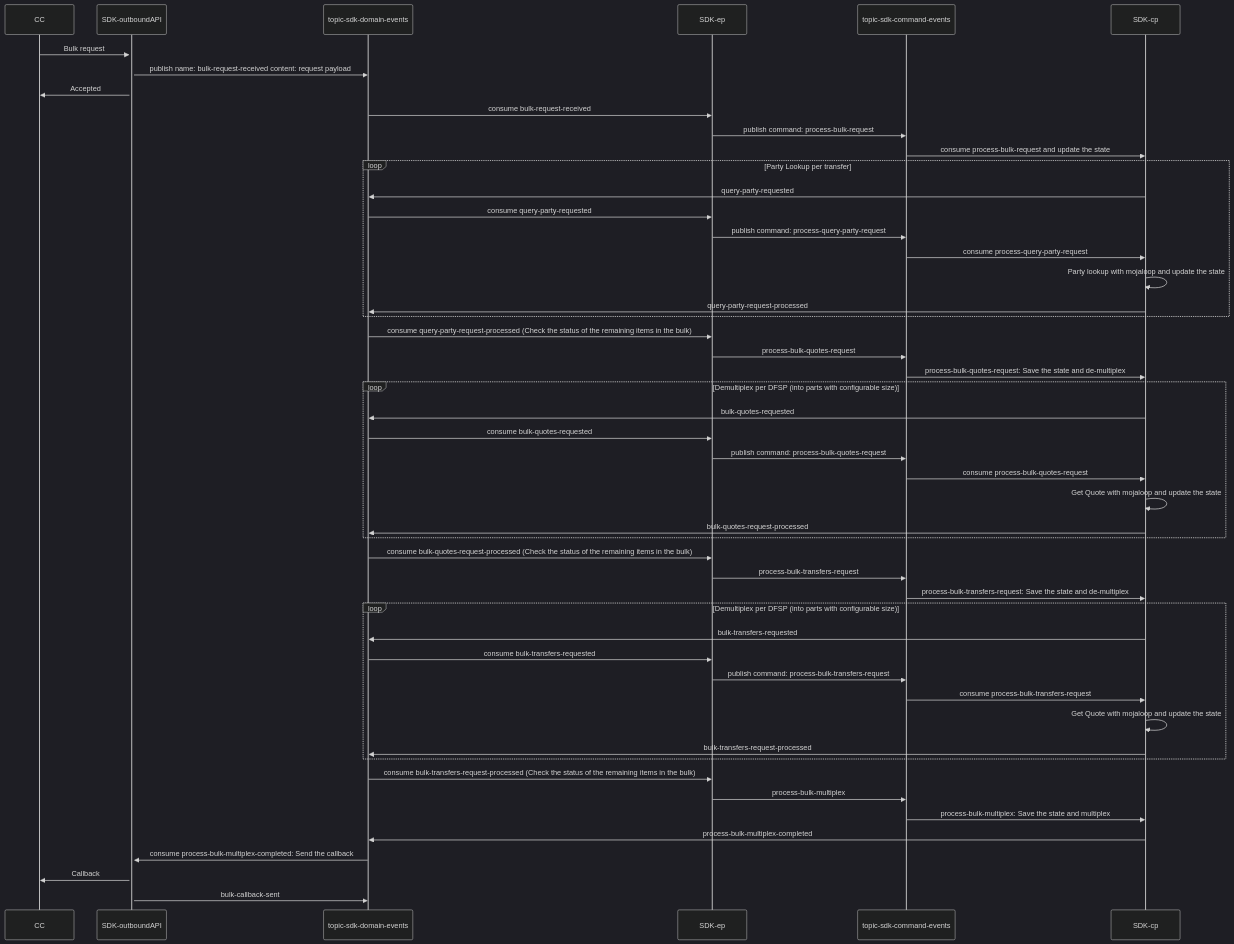
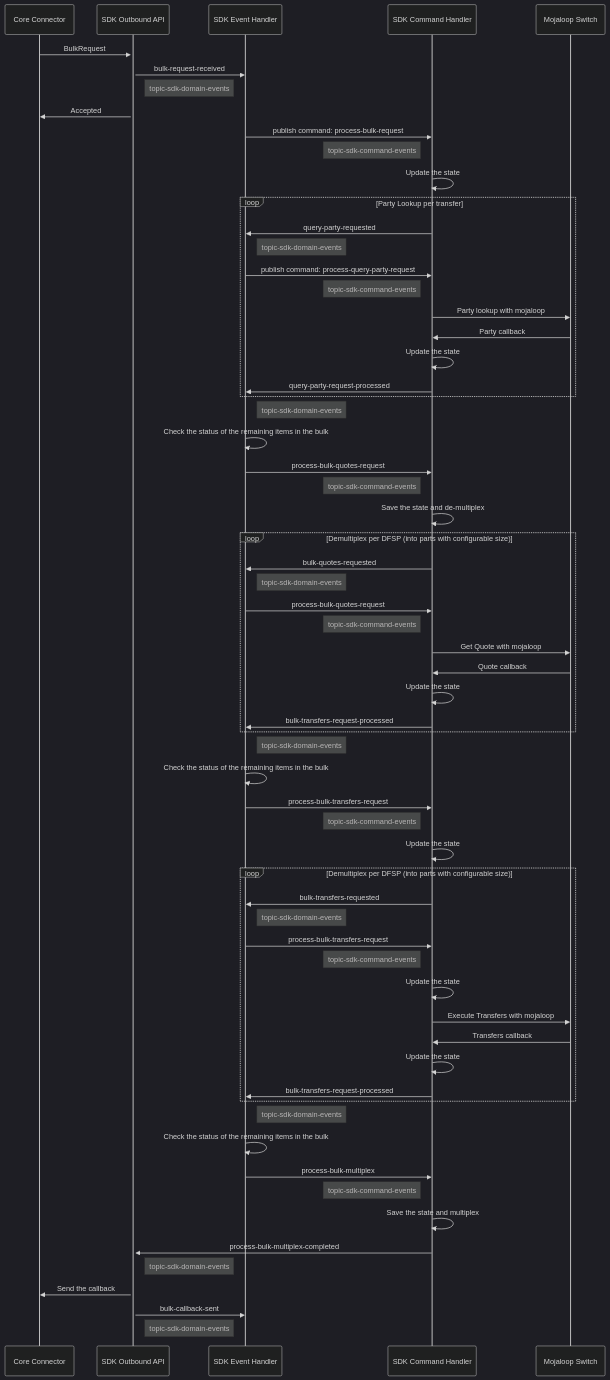
Before and after one commit to mojaloop/sdk-scheme-adapter: the diagram in docs/design-bulk-transfers.md, drawn with Mermaid (dark theme). The commit also changed other lines of this file, not shown here.

Commit message:
Formatted the sequence diagram and added notes

````diff
--- a/docs/design-bulk-transfers.md
+++ b/docs/design-bulk-transfers.md
@@ -3,49 +3,69 @@
 ```mermaid
 sequenceDiagram
-    CC->>+SDK-outboundAPI: Bulk request
-    SDK-outboundAPI->>topic-sdk-domain-events: publish name: bulk-request-received content: request payload
-    SDK-outboundAPI->>CC: Accepted
-    topic-sdk-domain-events->>SDK-ep: consume bulk-request-received
-    SDK-ep->>topic-sdk-command-events: publish command: process-bulk-request
-    topic-sdk-command-events->>SDK-cp: consume process-bulk-request and update the state
+    participant CoreConnector as Core Connector
+    participant SDKOutboundAPI as SDK Outbound API
+    participant SDKEventHandler as SDK Event Handler
+    participant SDKCommandHandler as SDK Command Handler
+    participant MojaloopSwitch as Mojaloop Switch
+    CoreConnector->>+SDKOutboundAPI: BulkRequest
+    SDKOutboundAPI->>SDKEventHandler: bulk-request-received
+    Note left of SDKEventHandler: topic-sdk-domain-events
+    SDKOutboundAPI->>CoreConnector: Accepted
+    SDKEventHandler->>SDKCommandHandler: publish command: process-bulk-request
+    Note left of SDKCommandHandler: topic-sdk-command-events
+    SDKCommandHandler->>SDKCommandHandler: Update the state
     loop Party Lookup per transfer
-        SDK-cp->>topic-sdk-domain-events: query-party-requested
-        topic-sdk-domain-events->>SDK-ep: consume query-party-requested
-        SDK-ep->>topic-sdk-command-events: publish command: process-query-party-request
-        topic-sdk-command-events->>SDK-cp: consume process-query-party-request
-        SDK-cp->>SDK-cp: Party lookup with mojaloop and update the state
-        SDK-cp->>topic-sdk-domain-events: query-party-request-processed
+        SDKCommandHandler->>SDKEventHandler: query-party-requested
+        Note right of SDKEventHandler: topic-sdk-domain-events
+        SDKEventHandler->>SDKCommandHandler: publish command: process-query-party-request
+        Note left of SDKCommandHandler: topic-sdk-command-events
+        SDKCommandHandler->>MojaloopSwitch: Party lookup with mojaloop
+        MojaloopSwitch->>SDKCommandHandler: Party callback
+        SDKCommandHandler->>SDKCommandHandler: Update the state
+        SDKCommandHandler->>SDKEventHandler: query-party-request-processed
     end
-    topic-sdk-domain-events->>SDK-ep: consume query-party-request-processed (Check the status of the remaining items in the bulk)
+    Note right of SDKEventHandler: topic-sdk-domain-events
+    SDKEventHandler->>SDKEventHandler: Check the status of the remaining items in the bulk
 
-    SDK-ep->>topic-sdk-command-events: process-bulk-quotes-request
-    topic-sdk-command-events->>SDK-cp: process-bulk-quotes-request: Save the state and de-multiplex
+    SDKEventHandler->>SDKCommandHandler: process-bulk-quotes-request
+    Note left of SDKCommandHandler: topic-sdk-command-events
+    SDKCommandHandler->>SDKCommandHandler: Save the state and de-multiplex
     loop Demultiplex per DFSP (into parts with configurable size)
-        SDK-cp->>topic-sdk-domain-events: bulk-quotes-requested
-        topic-sdk-domain-events->>SDK-ep: consume bulk-quotes-requested
-        SDK-ep->>topic-sdk-command-events: publish command: process-bulk-quotes-request
-        topic-sdk-command-events->>SDK-cp: consume process-bulk-quotes-request
-        SDK-cp->>SDK-cp: Get Quote with mojaloop and update the state
-        SDK-cp->>topic-sdk-domain-events: bulk-quotes-request-processed
+        SDKCommandHandler->>SDKEventHandler: bulk-quotes-requested
+        Note right of SDKEventHandler: topic-sdk-domain-events
+        SDKEventHandler->>SDKCommandHandler: process-bulk-quotes-request
+        Note left of SDKCommandHandler: topic-sdk-command-events
+        SDKCommandHandler->>MojaloopSwitch: Get Quote with mojaloop
+        MojaloopSwitch->>SDKCommandHandler: Quote callback
+        SDKCommandHandler->>SDKCommandHandler: Update the state
+        SDKCommandHandler->>SDKEventHandler: bulk-transfers-request-processed
     end
-    topic-sdk-domain-events->>SDK-ep: consume bulk-quotes-request-processed (Check the status of the remaining items in the bulk)
+    Note right of SDKEventHandler: topic-sdk-domain-events
+    SDKEventHandler->>SDKEventHandler: Check the status of the remaining items in the bulk
 
-    SDK-ep->>topic-sdk-command-events: process-bulk-transfers-request
-    topic-sdk-command-events->>SDK-cp: process-bulk-transfers-request: Save the state and de-multiplex
+    SDKEventHandler->>SDKCommandHandler: process-bulk-transfers-request
+    Note left of SDKCommandHandler: topic-sdk-command-events
+    SDKCommandHandler->>SDKCommandHandler: Update the state
     loop Demultiplex per DFSP (into parts with configurable size)
-        SDK-cp->>topic-sdk-domain-events: bulk-transfers-requested
-        topic-sdk-domain-events->>SDK-ep: consume bulk-transfers-requested
-        SDK-ep->>topic-sdk-command-events: publish command: process-bulk-transfers-request
-        topic-sdk-command-events->>SDK-cp: consume process-bulk-transfers-request
-        SDK-cp->>SDK-cp: Get Quote with mojaloop and update the state
-        SDK-cp->>topic-sdk-domain-events: bulk-transfers-request-processed
+        SDKCommandHandler->>SDKEventHandler: bulk-transfers-requested
+        Note right of SDKEventHandler: topic-sdk-domain-events
+        SDKEventHandler->>SDKCommandHandler: process-bulk-transfers-request
+        Note left of SDKCommandHandler: topic-sdk-command-events
+        SDKCommandHandler->>SDKCommandHandler: Update the state
+        SDKCommandHandler->>MojaloopSwitch: Execute Transfers with mojaloop
+        MojaloopSwitch->>SDKCommandHandler: Transfers callback
+        SDKCommandHandler->>SDKCommandHandler: Update the state
+        SDKCommandHandler->>SDKEventHandler: bulk-transfers-request-processed
     end
-    topic-sdk-domain-events->>SDK-ep: consume bulk-transfers-request-processed (Check the status of the remaining items in the bulk)
-    SDK-ep->>topic-sdk-command-events: process-bulk-multiplex
-    topic-sdk-command-events->>SDK-cp: process-bulk-multiplex: Save the state and multiplex
-    SDK-cp->>topic-sdk-domain-events: process-bulk-multiplex-completed
+    Note right of SDKEventHandler: topic-sdk-domain-events
+    SDKEventHandler->>SDKEventHandler: Check the status of the remaining items in the bulk
+    SDKEventHandler->>SDKCommandHandler: process-bulk-multiplex
+    Note left of SDKCommandHandler: topic-sdk-command-events
+    SDKCommandHandler->>SDKCommandHandler: Save the state and multiplex
+    SDKCommandHandler->>SDKOutboundAPI: process-bulk-multiplex-completed
 
-    topic-sdk-domain-events->>SDK-outboundAPI: consume process-bulk-multiplex-completed: Send the callback
-    SDK-outboundAPI->>CC: Callback
-    SDK-outboundAPI->>topic-sdk-domain-events: bulk-callback-sent
+    Note right of SDKOutboundAPI: topic-sdk-domain-events
+    SDKOutboundAPI->>CoreConnector: Send the callback
+    SDKOutboundAPI->>SDKEventHandler: bulk-callback-sent
+    Note left of SDKEventHandler: topic-sdk-domain-events
 ```
````
